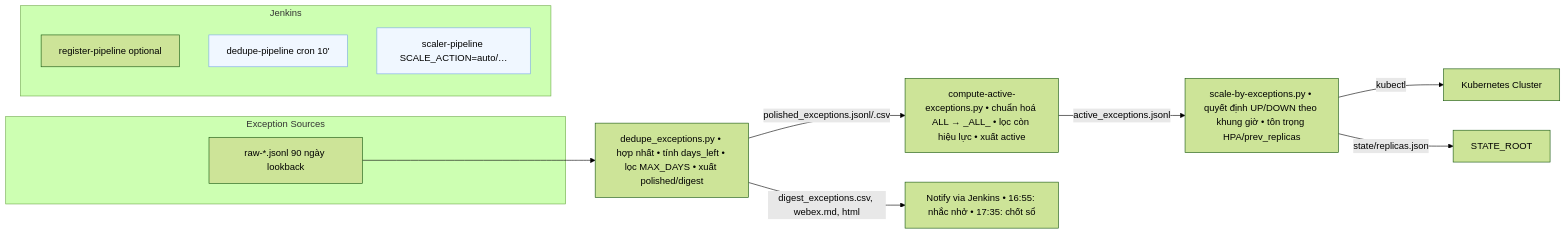
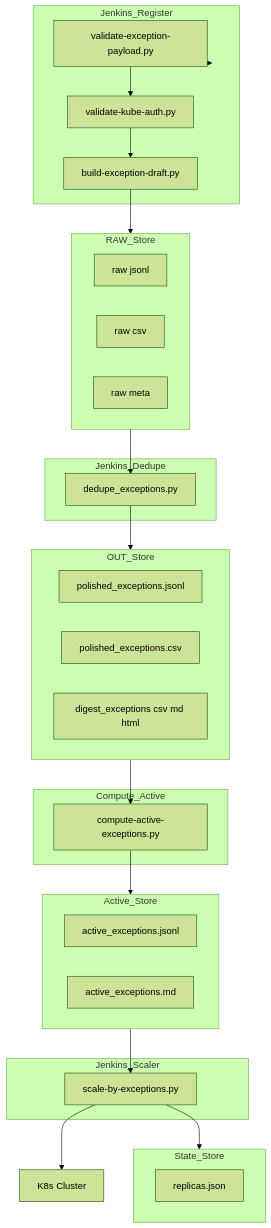
One commit to bachmt28/k8s-ops changed the seventh of 7 diagrams in exception-ontime/readme.md. Above: the diagram before and after it, drawn with Mermaid (forest theme). The commit also changed other lines of this file and 4 other files, not shown here.

````diff
--- a/exception-ontime/readme.md
+++ b/exception-ontime/readme.md
@@ -66,23 +327,48 @@
 ```mermaid
-flowchart LR
-  subgraph Sources[Exception Sources]
-    A[raw-*.jsonl 90 ngày lookback]
+flowchart TD
+  subgraph Jenkins_Register
+    A1[validate-exception-payload.py]
+    A2[validate-kube-auth.py]
+    A3[build-exception-draft.py]
   end
 
-  A --> B[dedupe_exceptions.py • hợp nhất • tính days_left • lọc MAX_DAYS • xuất polished/digest]
-
-  B -->|polished_exceptions.jsonl/.csv| C[compute-active-exceptions.py • chuẩn hoá ALL → _ALL_ • lọc còn hiệu lực • xuất active]
-  B -->|digest_exceptions.csv, webex.md, html| N[Notify via Jenkins • 16:55: nhắc nhở • 17:35: chốt sổ]
-
-  C -->|active_exceptions.jsonl| D[scale-by-exceptions.py • quyết định UP/DOWN theo khung giờ • tôn trọng HPA/prev_replicas]
-  D -->|kubectl| E[Kubernetes Cluster]
-  D -->|state/replicas.json| S[STATE_ROOT]
-
-  subgraph Jenkins
-    J1[register-pipeline optional]
-    J2[dedupe-pipeline cron 10']:::cron
-    J3[scaler-pipeline SCALE_ACTION=auto/…]:::cron
+  subgraph RAW_Store
+    R1[raw jsonl]
+    R2[raw csv]
+    R3[raw meta]
   end
 
-  classDef cron fill:#f0f7ff,stroke:#7aa7e9,stroke-width:1px;
+  subgraph Jenkins_Dedupe
+    B1[dedupe_exceptions.py]
+  end
+
+  subgraph OUT_Store
+    O1[polished_exceptions.jsonl]
+    O2[polished_exceptions.csv]
+    O3[digest_exceptions csv md html]
+  end
+
+  subgraph Compute_Active
+    C1[compute-active-exceptions.py]
+  end
+
+  subgraph Active_Store
+    A4[active_exceptions.jsonl]
+    A5[active_exceptions.md]
+  end
+
+  subgraph Jenkins_Scaler
+    S1[scale-by-exceptions.py]
+  end
+
+  subgraph State_Store
+    ST1[replicas.json]
+  end
+
+  Jenkins_Register --> A1 --> A2 --> A3 --> RAW_Store
+  RAW_Store --> B1 --> OUT_Store
+  OUT_Store --> C1 --> Active_Store
+  Active_Store --> S1
+  S1 --> K8s[K8s Cluster]
+  S1 --> State_Store
 ```
````
